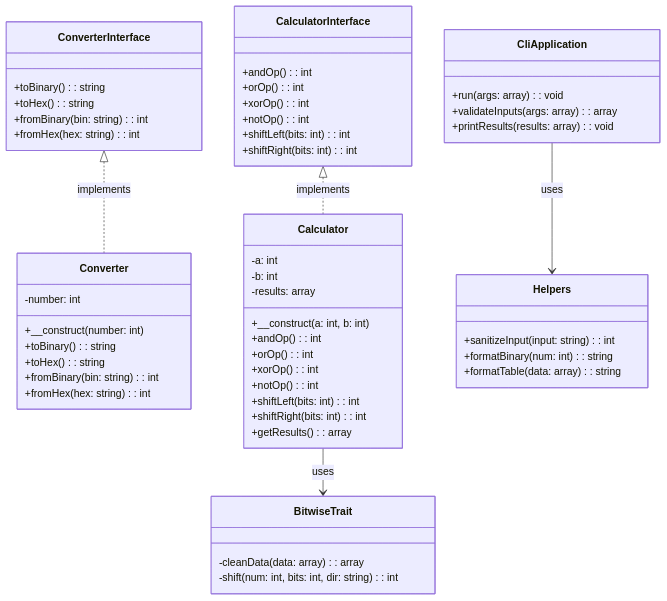
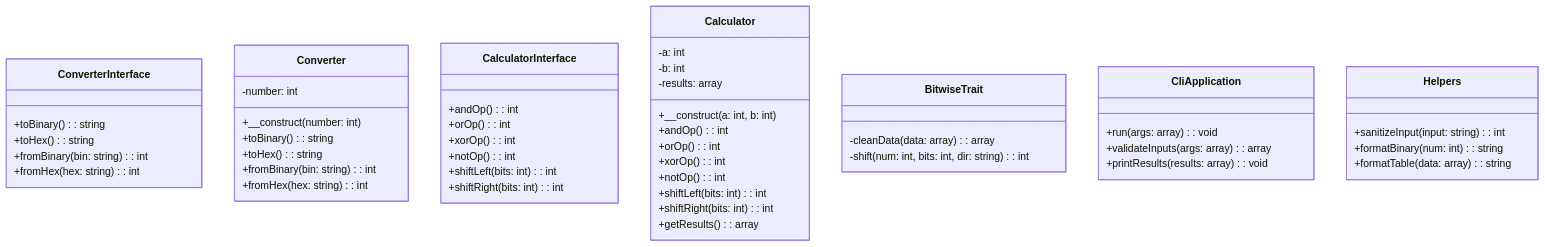
The diagram in Conception.mmd (essachiAli/Converter), drawn with Mermaid before and after one commit.

Commit message:
fix: remove relation

```diff
--- a/Conception.mmd
+++ b/Conception.mmd
@@ -1,61 +1,56 @@
 classDiagram
     class ConverterInterface {
         +toBinary(): string
         +toHex(): string
         +fromBinary(bin: string): int
         +fromHex(hex: string): int
     }
 
     class Converter {
         -number: int
         +__construct(number: int)
         +toBinary(): string
         +toHex(): string
         +fromBinary(bin: string): int
         +fromHex(hex: string): int
     }
 
     class CalculatorInterface {
         +andOp(): int
         +orOp(): int
         +xorOp(): int
         +notOp(): int
         +shiftLeft(bits: int): int
         +shiftRight(bits: int): int
     }
 
     class Calculator {
         -a: int
         -b: int
         -results: array
         +__construct(a: int, b: int)
         +andOp(): int
         +orOp(): int
         +xorOp(): int
         +notOp(): int
         +shiftLeft(bits: int): int
         +shiftRight(bits: int): int
         +getResults(): array
     }
 
     class BitwiseTrait {
         -cleanData(data: array): array
         -shift(num: int, bits: int, dir: string): int
     }
 
     class CliApplication {
         +run(args: array): void
         +validateInputs(args: array): array
         +printResults(results: array): void
     }
 
     class Helpers {
         +sanitizeInput(input: string): int
         +formatBinary(num: int): string
         +formatTable(data: array): string
     }
-
-    ConverterInterface <|.. Converter : implements
-    CalculatorInterface <|.. Calculator : implements
-    Calculator --> BitwiseTrait : uses
-    CliApplication --> Helpers : uses
```
